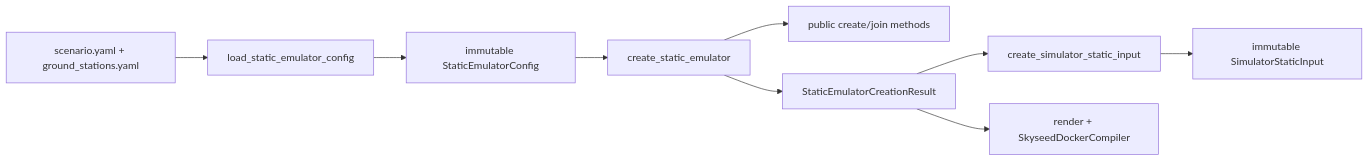
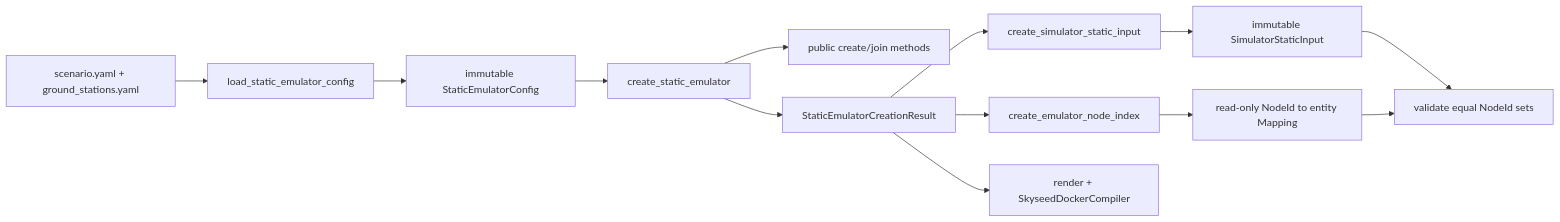
One commit to seed-labs/skyseed changed the fifth of 7 diagrams in skyseed_v2/docs/architecture/diagrams.md. Above: the diagram before and after it, drawn with Mermaid. The commit also changed other lines of this file and 47 other files, not shown here.

````diff
--- a/skyseed_v2/docs/architecture/diagrams.md
+++ b/skyseed_v2/docs/architecture/diagrams.md
@@ -115,12 +122,16 @@
 ```mermaid
 flowchart LR
     YAML[scenario.yaml + ground_stations.yaml]
     YAML --> L[load_static_emulator_config]
     L --> CONFIG[immutable StaticEmulatorConfig]
     CONFIG --> CREATE[create_static_emulator]
     CREATE --> ENTITIES[public create/join methods]
     CREATE --> RESULT[StaticEmulatorCreationResult]
     RESULT --> CONVERT[create_simulator_static_input]
     CONVERT --> INPUT[immutable SimulatorStaticInput]
+    RESULT --> INDEX[create_emulator_node_index]
+    INDEX --> MAPPING[read-only NodeId to entity Mapping]
+    INPUT --> VALIDATE[validate equal NodeId sets]
+    MAPPING --> VALIDATE
     RESULT --> COMP[render + SkyseedDockerCompiler]
 ```
````
